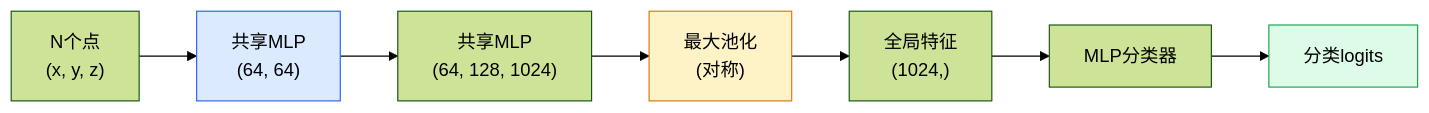
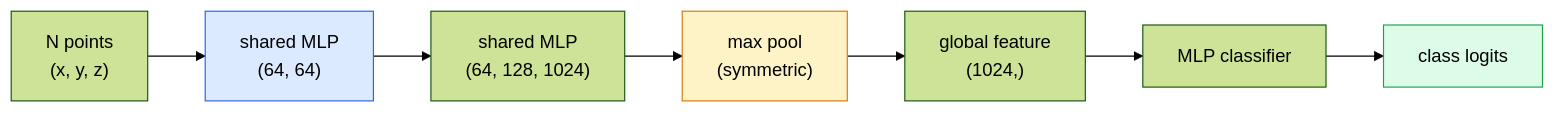
One commit to xiaojiaenen/ai-engineering-from-scratch-zh changed the diagram in i18n/zh/phases/04-computer-vision/13-3d-vision-nerf/docs/zh.md. Above: the diagram before and after it, drawn with Mermaid (forest theme). The commit also changed other lines of this file and 28 other files, not shown here.

````diff
--- a/i18n/zh/phases/04-computer-vision/13-3d-vision-nerf/docs/zh.md
+++ b/i18n/zh/phases/04-computer-vision/13-3d-vision-nerf/docs/zh.md
@@ -55,13 +55,13 @@
 ```mermaid
 flowchart LR
-    PTS["N个点<br/>(x, y, z)"] --> MLP1["共享MLP<br/>(64, 64)"]
-    MLP1 --> MLP2["共享MLP<br/>(64, 128, 1024)"]
-    MLP2 --> MAX["最大池化<br/>(对称)"]
-    MAX --> FEAT["全局特征<br/>(1024,)"]
-    FEAT --> FC["MLP分类器"]
-    FC --> CLS["分类logits"]
+    PTS["N points<br/>(x, y, z)"] --> MLP1["shared MLP<br/>(64, 64)"]
+    MLP1 --> MLP2["shared MLP<br/>(64, 128, 1024)"]
+    MLP2 --> MAX["max pool<br/>(symmetric)"]
+    MAX --> FEAT["global feature<br/>(1024,)"]
+    FEAT --> FC["MLP classifier"]
+    FC --> CLS["class logits"]
 
     style MLP1 fill:#dbeafe,stroke:#2563eb
     style MAX fill:#fef3c7,stroke:#d97706
     style CLS fill:#dcfce7,stroke:#16a34a
 ```
````
